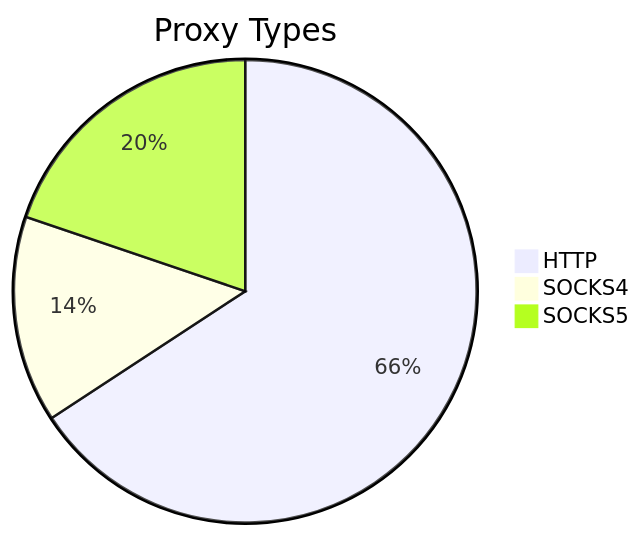
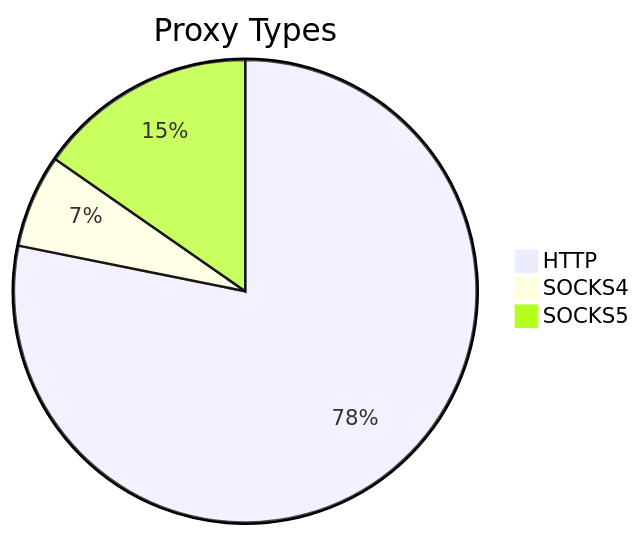
One commit to stormsia/proxy-list changed the first of 2 diagrams in README.md. Above: the diagram before and after it, drawn with Mermaid. The commit also changed other lines of this file, not shown here.

````diff
--- a/README.md
+++ b/README.md
@@ -21,6 +21,6 @@
 ```mermaid
 pie title Proxy Types
-    "HTTP" : 196
-    "SOCKS4" : 43
-    "SOCKS5" : 59
+    "HTTP" : 204
+    "SOCKS4" : 17
+    "SOCKS5" : 40
 ```
````
